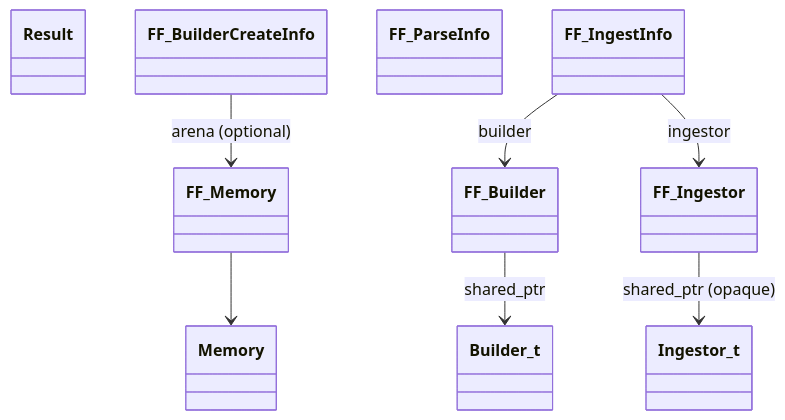
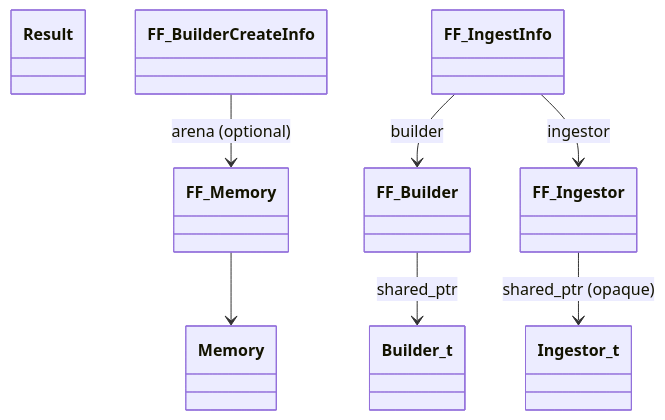
One commit to ryanlandvater/FastFHIR changed the first of 2 diagrams in docs/api.adoc. Above: the diagram before and after it, drawn with Mermaid. The commit also changed other lines of this file and 30 other files, not shown here.

````diff
--- a/docs/api.adoc
+++ b/docs/api.adoc
@@ -72,19 +73,18 @@
 ```mermaid
 classDiagram
     class Memory { }
     class Builder_t { }
     class Ingestor_t { }
     class FF_Memory { }
     class FF_Builder { }
     class FF_Ingestor { }
     FF_Memory --> Memory
     FF_Builder --> Builder_t : shared_ptr
     FF_Ingestor --> Ingestor_t : shared_ptr (opaque)
     class Result { }
     class FF_BuilderCreateInfo { }
-    class FF_ParseInfo { }
     class FF_IngestInfo { }
     FF_BuilderCreateInfo --> FF_Memory : arena (optional)
     FF_IngestInfo --> FF_Builder : builder
     FF_IngestInfo --> FF_Ingestor : ingestor
 ```
````
